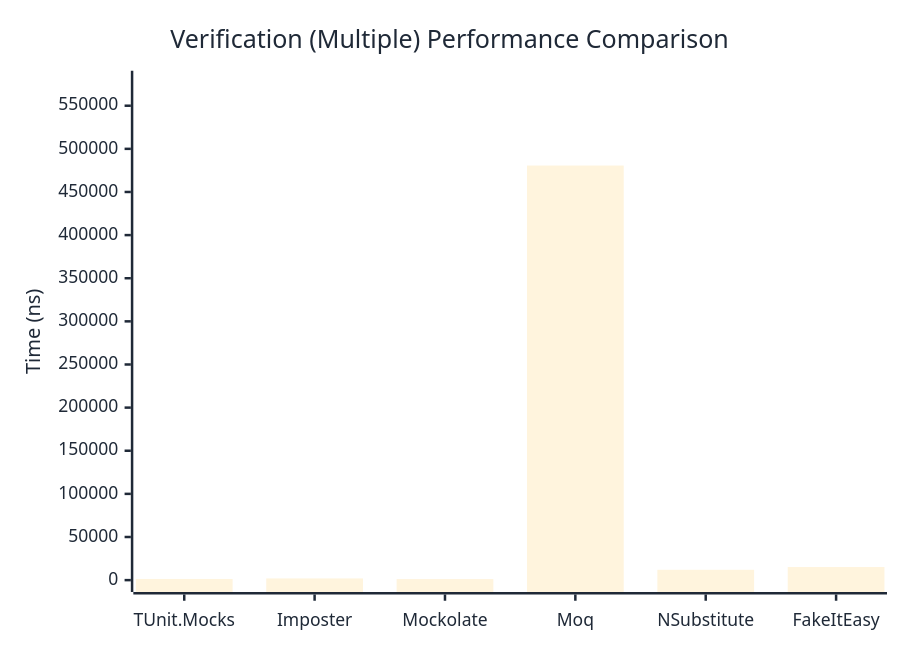
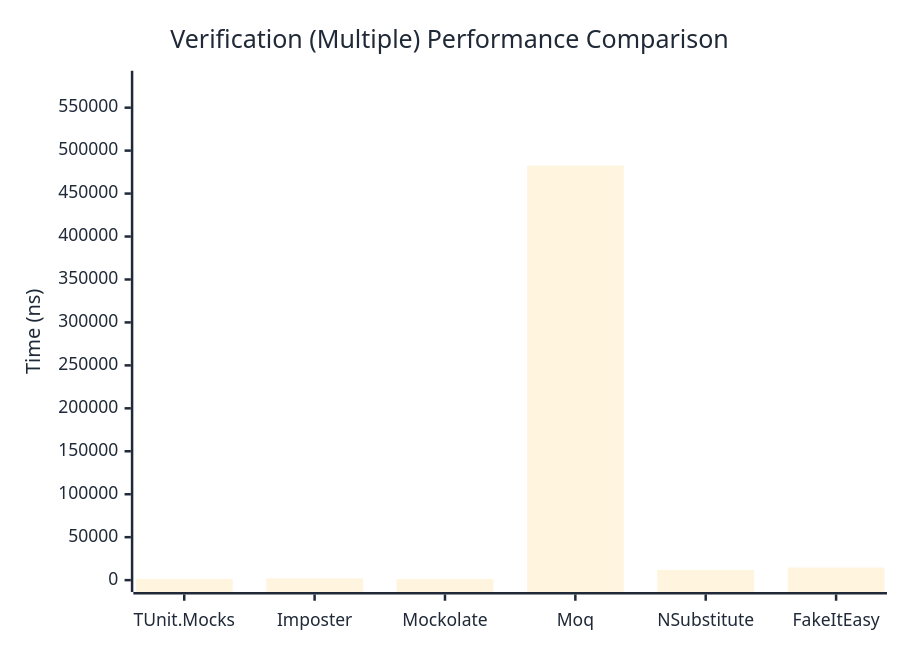
One commit to thomhurst/TUnit changed the third of 3 diagrams in docs/docs/benchmarks/mocks/Verification.md. Above: the diagram before and after it, drawn with Mermaid. The commit also changed other lines of this file and 14 other files, not shown here.

````diff
--- a/docs/docs/benchmarks/mocks/Verification.md
+++ b/docs/docs/benchmarks/mocks/Verification.md
@@ -112,27 +112,27 @@
 ```mermaid
 %%{init: {
   'theme':'base',
   'themeVariables': {
     'primaryColor': '#2563eb',
     'primaryTextColor': '#1f2937',
     'primaryBorderColor': '#1e40af',
     'lineColor': '#6b7280',
     'secondaryColor': '#7c3aed',
     'tertiaryColor': '#dc2626',
     'background': '#ffffff',
     'pie1': '#2563eb',
     'pie2': '#7c3aed',
     'pie3': '#dc2626',
     'pie4': '#f59e0b',
     'pie5': '#10b981',
     'pie6': '#06b6d4',
     'pie7': '#ec4899',
     'pie8': '#6366f1'
   }
 }}%%
 xychart-beta
   title "Verification (Multiple) Performance Comparison"
   x-axis ["TUnit.Mocks", "Imposter", "Mockolate", "Moq", "NSubstitute", "FakeItEasy"]
-  y-axis "Time (ns)" 0 --> 576770
-  bar [1340.29, 1966.11, 1223.26, 480641.6, 11987.72, 15169.08]
+  y-axis "Time (ns)" 0 --> 579160
+  bar [1428.06, 1930.48, 1257.34, 482633.15, 11866.06, 14668.11]
 ```
````
